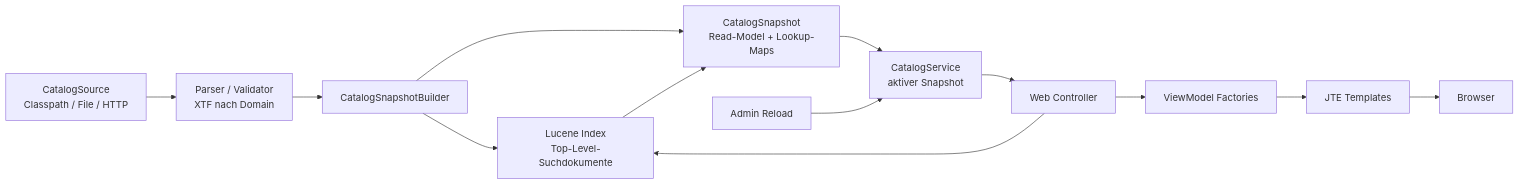
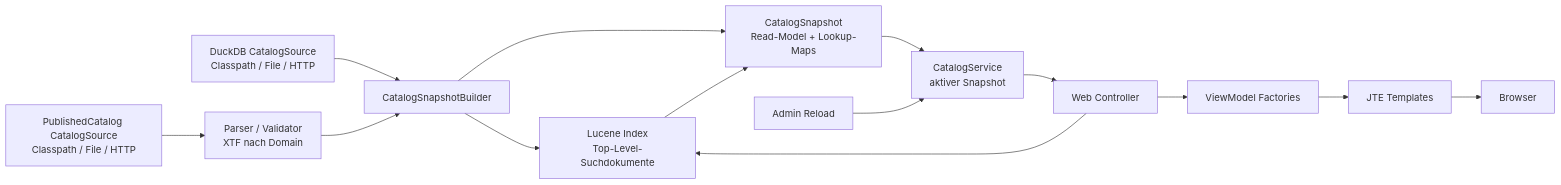
Before and after one commit to sogis/datenportal-sodata: the first of 2 diagrams in docs/architecture.md, drawn with Mermaid. The commit also changed other lines of this file and 34 other files, not shown here.

````diff
--- a/docs/architecture.md
+++ b/docs/architecture.md
@@ -9,27 +9,29 @@
 ```mermaid
 flowchart LR
-    source["CatalogSource<br/>Classpath / File / HTTP"]
+    xtf["PublishedCatalog CatalogSource<br/>Classpath / File / HTTP"]
+    duckdb["DuckDB CatalogSource<br/>Classpath / File / HTTP"]
     parser["Parser / Validator<br/>XTF nach Domain"]
     builder["CatalogSnapshotBuilder"]
     snapshot["CatalogSnapshot<br/>Read-Model + Lookup-Maps"]
     lucene["Lucene Index<br/>Top-Level-Suchdokumente"]
     service["CatalogService<br/>aktiver Snapshot"]
     web["Web Controller"]
     vm["ViewModel Factories"]
     jte["JTE Templates"]
     browser["Browser"]
     admin["Admin Reload"]
 
-    source --> parser
+    xtf --> parser
+    duckdb --> builder
     parser --> builder
     builder --> lucene
     builder --> snapshot
     lucene --> snapshot
     snapshot --> service
     admin --> service
     service --> web
     web --> vm
     vm --> jte
     jte --> browser
     web --> lucene
 ```
````
